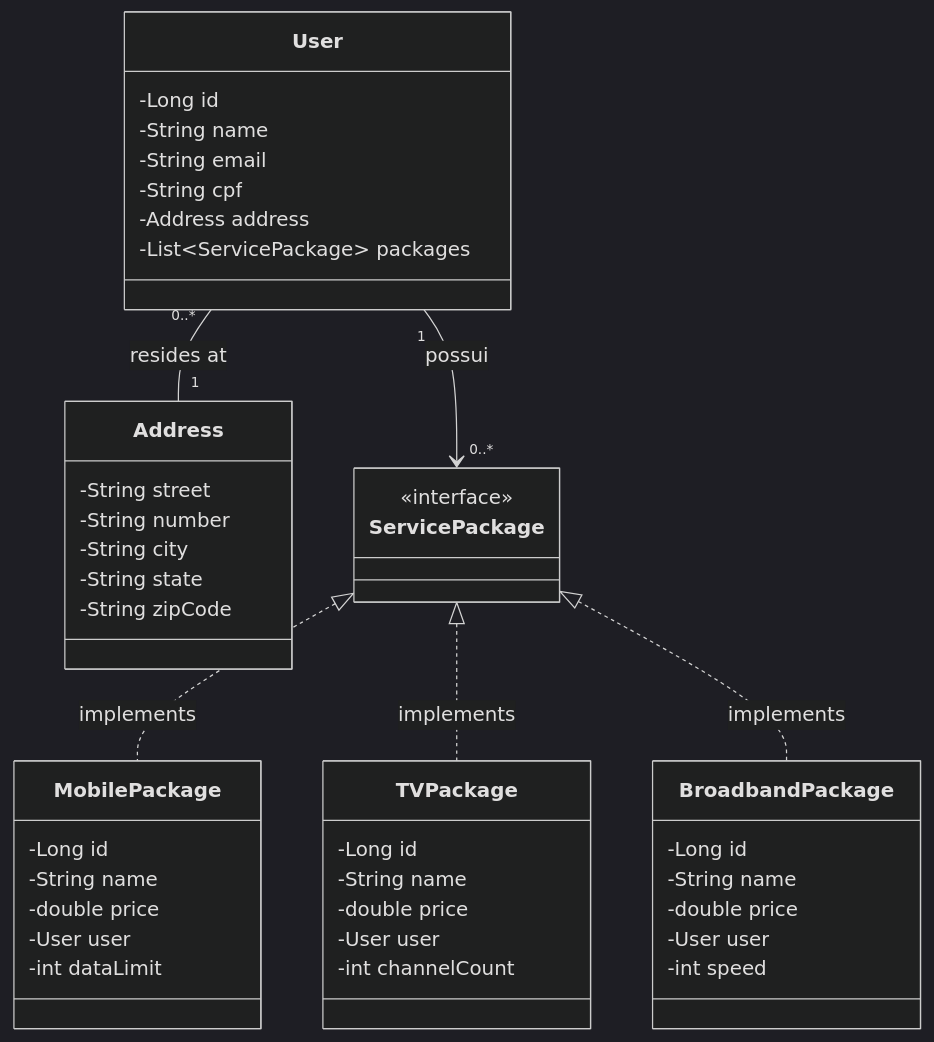
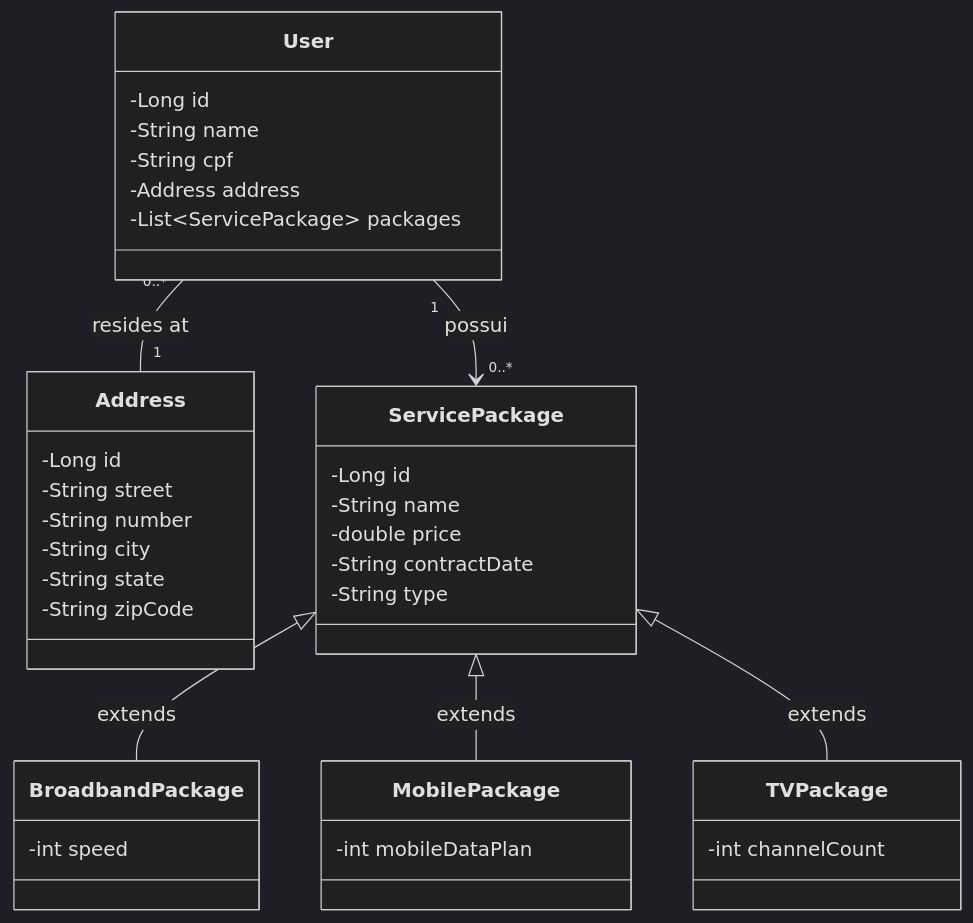
The diagram in README.md (dev-ssperandio/desafio-de-projeto-portal-multisservicos), drawn with Mermaid (dark theme) before and after one commit. The commit also changed other lines of this file and 14 other files, not shown here.

````diff
--- a/README.md
+++ b/README.md
@@ -6,53 +13,45 @@
 ```mermaid
 classDiagram
     class User {
         -Long id
         -String name
-        -String email
         -String cpf
         -Address address
         -List~ServicePackage~ packages
     }
 
     class Address {
+        -Long id
         -String street
         -String number
         -String city
         -String state
         -String zipCode
     }
 
     class ServicePackage {
-        <<interface>>
+        -Long id
+        -String name
+        -double price
+        -String contractDate
+        -String type
+    }
+
+    class BroadbandPackage {
+        -int speed
     }
 
     class MobilePackage {
-        -Long id
-        -String name
-        -double price
-        -User user
-        -int dataLimit
+        -int mobileDataPlan
     }
 
     class TVPackage {
-        -Long id
-        -String name
-        -double price
-        -User user
         -int channelCount
-    }
-
-    class BroadbandPackage {
-        -Long id
-        -String name
-        -double price
-        -User user
-        -int speed
     }
 
     User "1" --> "0..*" ServicePackage : possui
     User "0..*" -- "1" Address : resides at
-    ServicePackage <|.. MobilePackage : implements
-    ServicePackage <|.. TVPackage : implements
-    ServicePackage <|.. BroadbandPackage : implements
+    ServicePackage <|-- BroadbandPackage : extends
+    ServicePackage <|-- MobilePackage : extends
+    ServicePackage <|-- TVPackage : extends
 ```
````
